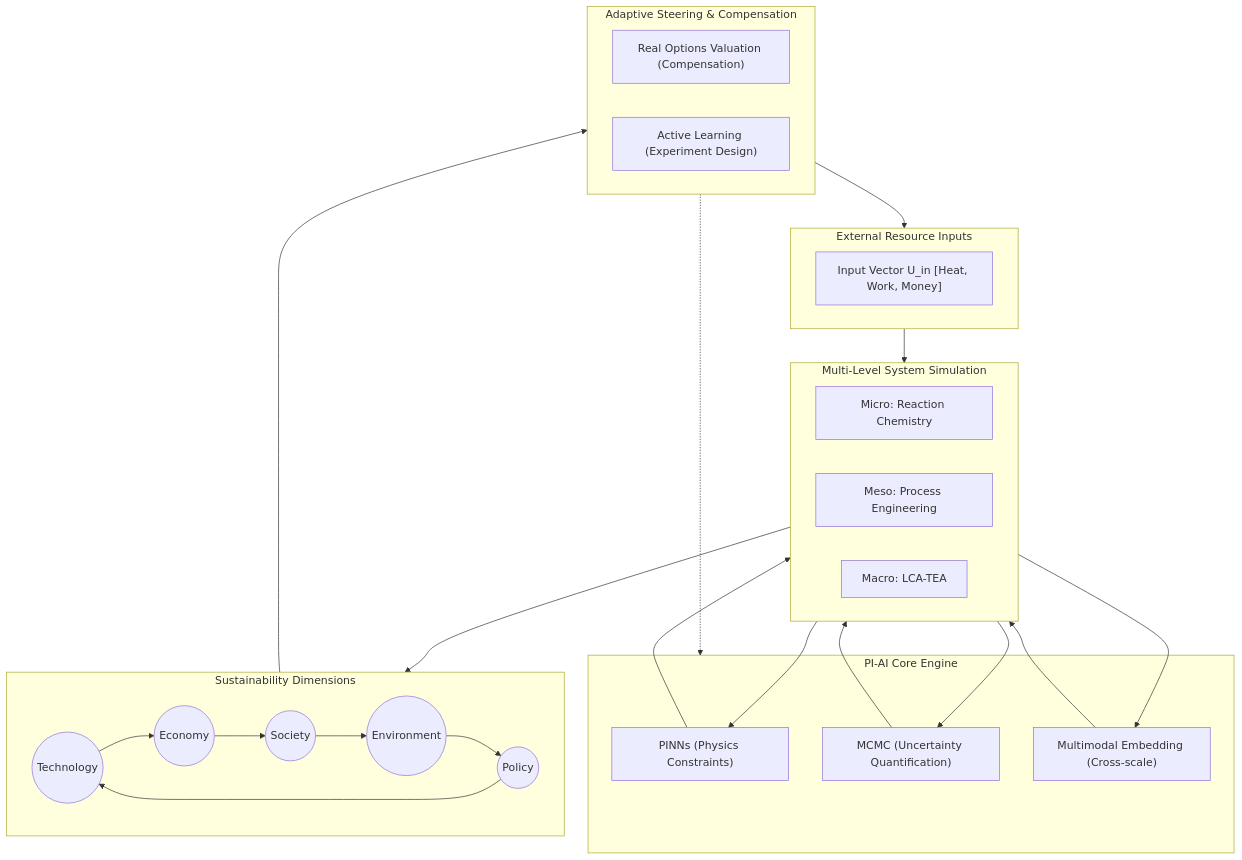
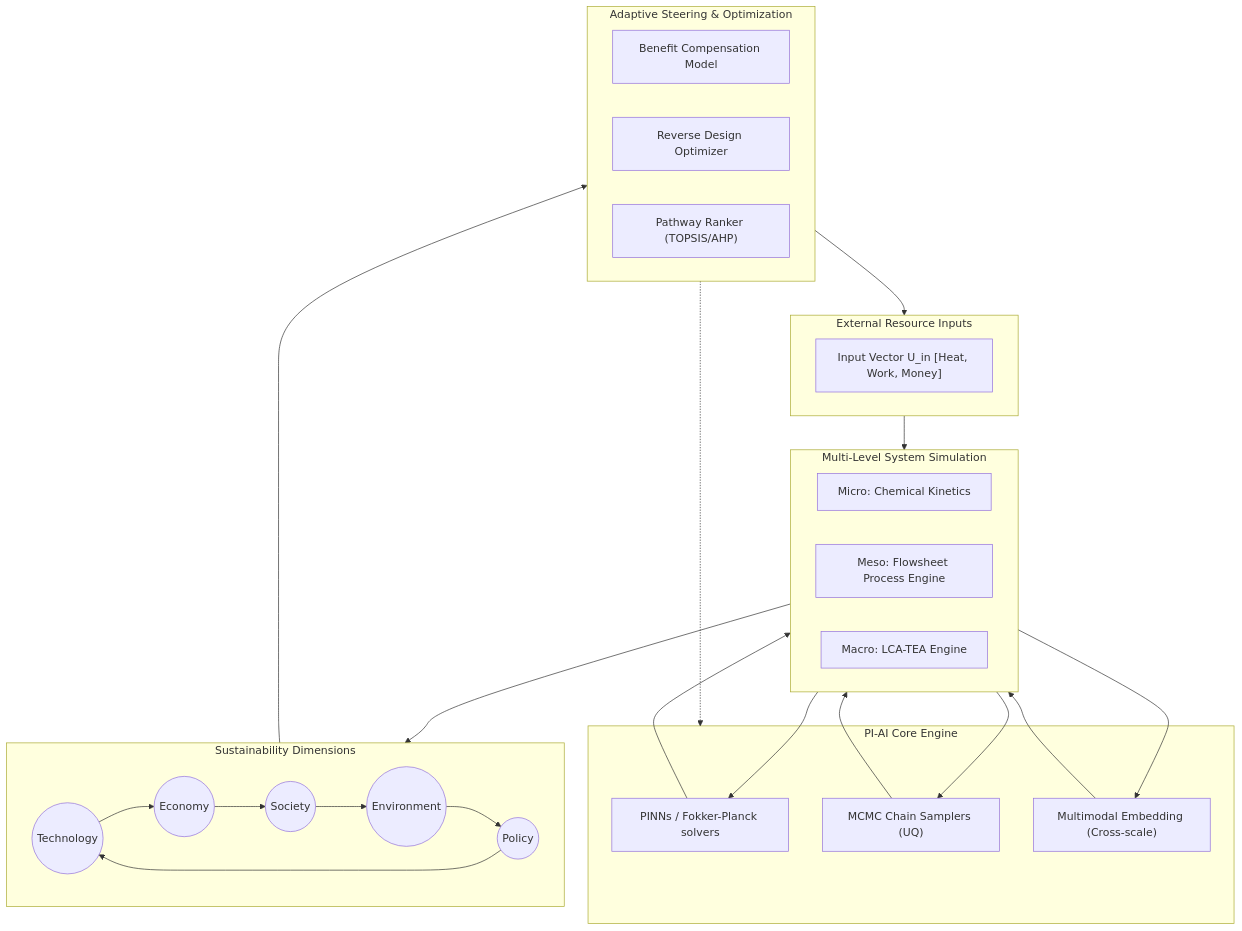
Before and after one commit to TANG-LAB-WHU/oneLCA-TEA_Phosphogypsum: the diagram in docs/Building_Plan.md, drawn with Mermaid. The commit also changed other lines of this file, not shown here.

Commit message:
docs: update building plan and pathway references to align with v0.4.0 release

````diff
--- a/docs/Building_Plan.md
+++ b/docs/Building_Plan.md
@@ -19,48 +21,49 @@
 ```mermaid
 graph TD
     subgraph Resource_Input ["External Resource Inputs"]
         U_in["Input Vector U_in [Heat, Work, Money]"]
     end
 
     subgraph PI_AI_Engine ["PI-AI Core Engine"]
-        PINN["PINNs (Physics Constraints)"]
-        MCMC["MCMC (Uncertainty Quantification)"]
+        PINN["PINNs / Fokker-Planck solvers"]
+        MCMC["MCMC Chain Samplers (UQ)"]
         Embed["Multimodal Embedding (Cross-scale)"]
     end
 
     subgraph MLS ["Multi-Level System Simulation"]
-        Micro["Micro: Reaction Chemistry"]
-        Meso["Meso: Process Engineering"]
-        Macro["Macro: LCA-TEA"]
+        Micro["Micro: Chemical Kinetics"]
+        Meso["Meso: Flowsheet Process Engine"]
+        Macro["Macro: LCA-TEA Engine"]
     end
 
     subgraph TEPES ["Sustainability Dimensions"]
         direction LR
         Tech(("Technology"))
         Econ(("Economy"))
         Soc(("Society"))
         Env(("Environment"))
         Pol(("Policy"))
         
         Tech --> Econ --> Soc --> Env --> Pol --> Tech
     end
 
-    subgraph Decision ["Adaptive Steering & Compensation"]
-        ROV["Real Options Valuation (Compensation)"]
-        AL["Active Learning (Experiment Design)"]
+    subgraph Decision ["Adaptive Steering & Optimization"]
+        BCM["Benefit Compensation Model"]
+        RDO["Reverse Design Optimizer"]
+        MCDA["Pathway Ranker (TOPSIS/AHP)"]
     end
 
     Resource_Input --> MLS
     PINN --> MLS
     MLS --> PINN
     MCMC --> MLS
     MLS --> MCMC
     Embed --> MLS
     MLS --> Embed
     
     MLS --> TEPES
     
     TEPES --> Decision
     Decision --> Resource_Input
     Decision -.-> PI_AI_Engine
 ```
````
